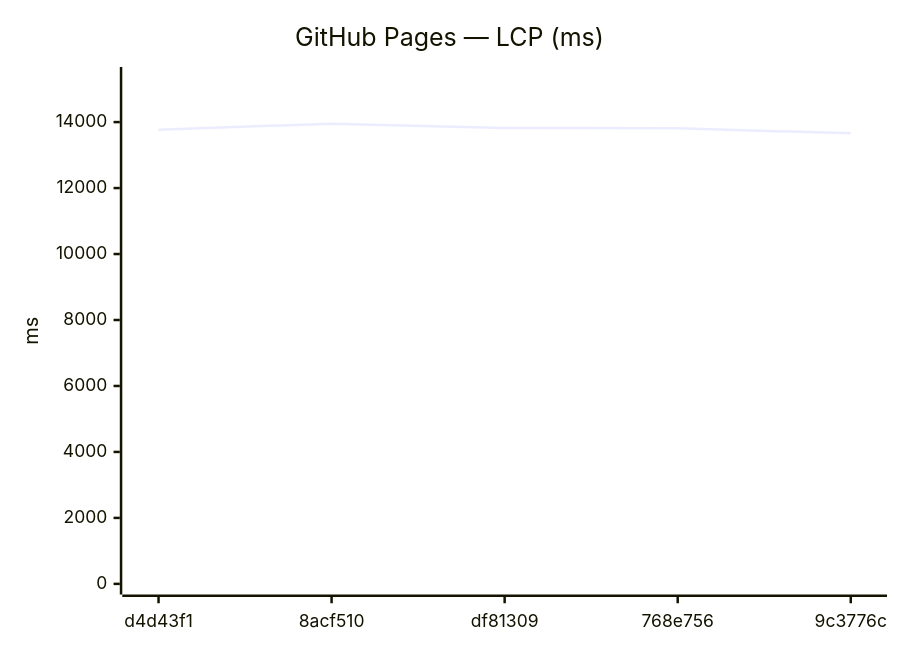
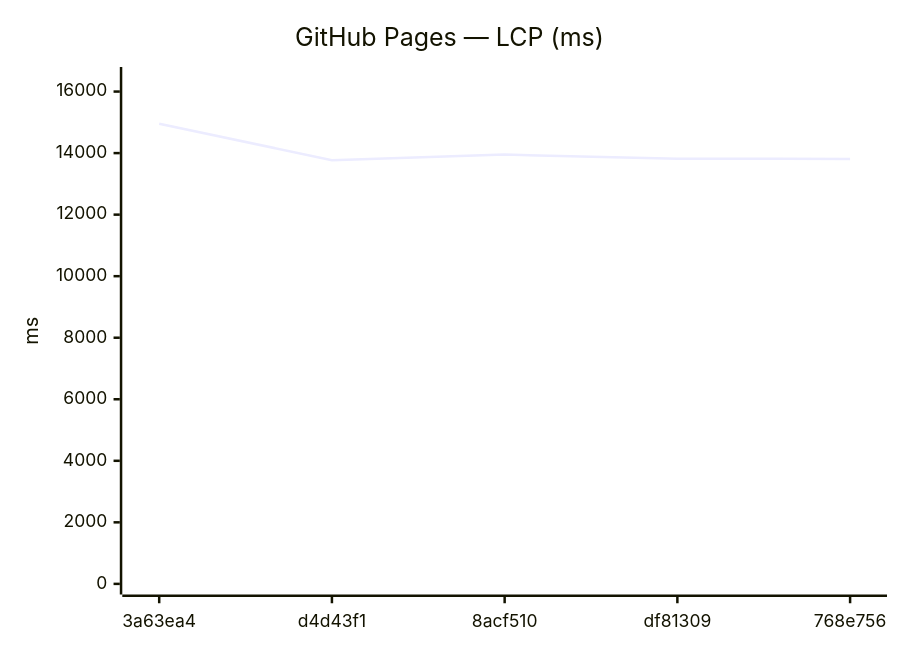
Before and after one commit to Metaheurist/Rianell: the ninth of 18 diagrams in benchmarks/compare.md, drawn with Mermaid. The commit also changed other lines of this file and 11 other files, not shown here.

````diff
--- a/benchmarks/compare.md
+++ b/benchmarks/compare.md
@@ -142,7 +142,7 @@
 ```mermaid
 xychart-beta
     title "GitHub Pages — LCP (ms)"
-    x-axis ["d4d43f1", "8acf510", "df81309", "768e756", "9c3776c"]
-    y-axis "ms" 0 --> 15348
-    line [13769, 13952, 13820, 13811, 13660]
+    x-axis ["3a63ea4", "d4d43f1", "8acf510", "df81309", "768e756"]
+    y-axis "ms" 0 --> 16453
+    line [14957, 13769, 13952, 13820, 13811]
 ```
````
